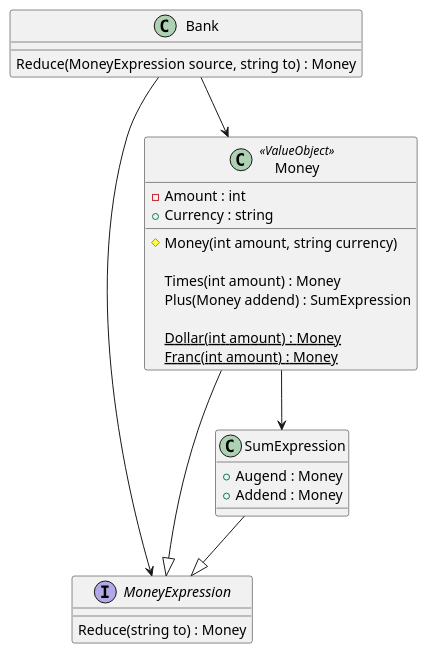
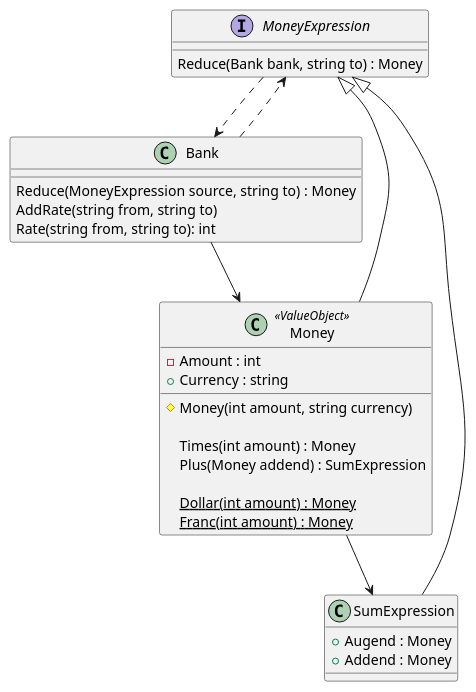
One commit to RicardoGuzmanVelasco/KentBeck.TDDByExample changed the diagram in Documentation/Classes.puml. Above: the diagram before and after it, drawn with PlantUML. The commit also changed 1 other file, not shown here.

Commit message:
17 | Bank Multicurrency Reduction | Documentation

```diff
--- a/Documentation/Classes.puml
+++ b/Documentation/Classes.puml
@@ -1,37 +1,40 @@
 @startuml
 
 interface MoneyExpression
 {
-    Reduce(string to) : Money
+    Reduce(Bank bank, string to) : Money
 } 
+MoneyExpression ..> Bank
 
 class Money <<ValueObject>>
 {
     -Amount : int
     +Currency : string
     
     #Money(int amount, string currency)
     
     Times(int amount) : Money
     Plus(Money addend) : SumExpression
     
     {static} Dollar(int amount) : Money
     {static} Franc(int amount) : Money
 }
 Money --|> MoneyExpression
 Money --> SumExpression
 
 class SumExpression
 {
     +Augend : Money
     +Addend : Money
 }
 SumExpression --|> MoneyExpression
 
 class Bank
 {
     Reduce(MoneyExpression source, string to) : Money
+    AddRate(string from, string to)
+    Rate(string from, string to): int
 }
-Bank --> MoneyExpression
+Bank ..> MoneyExpression
 Bank --> Money
 @enduml
```
